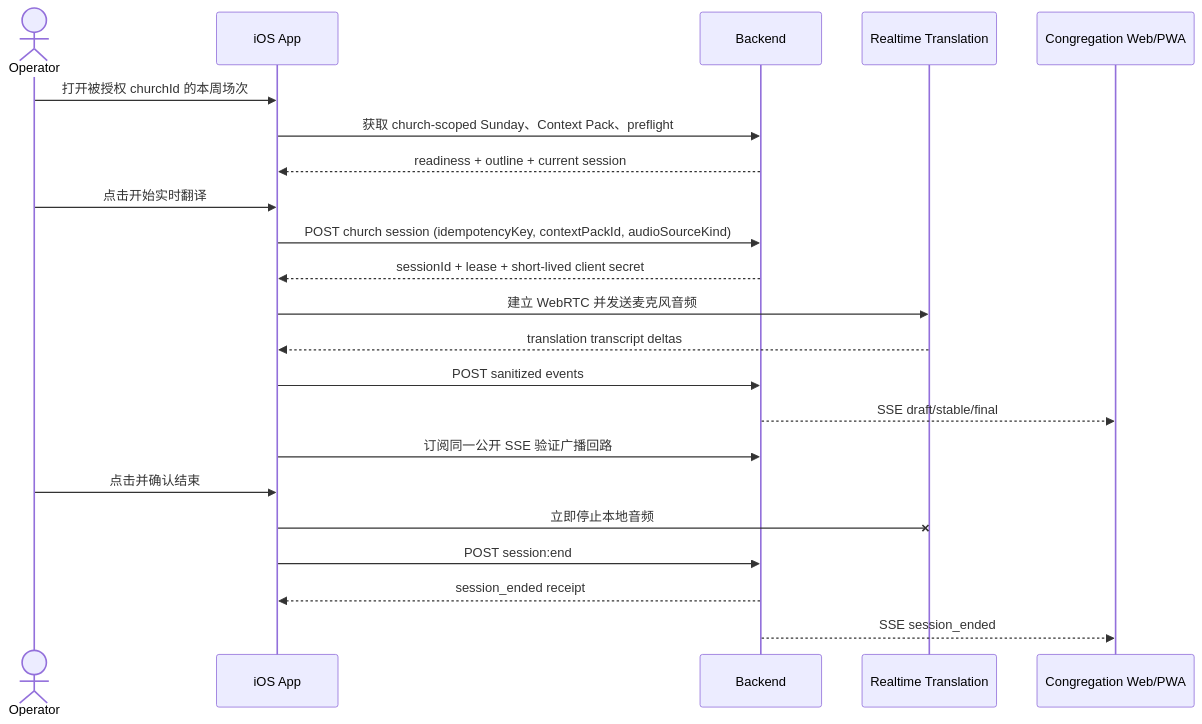
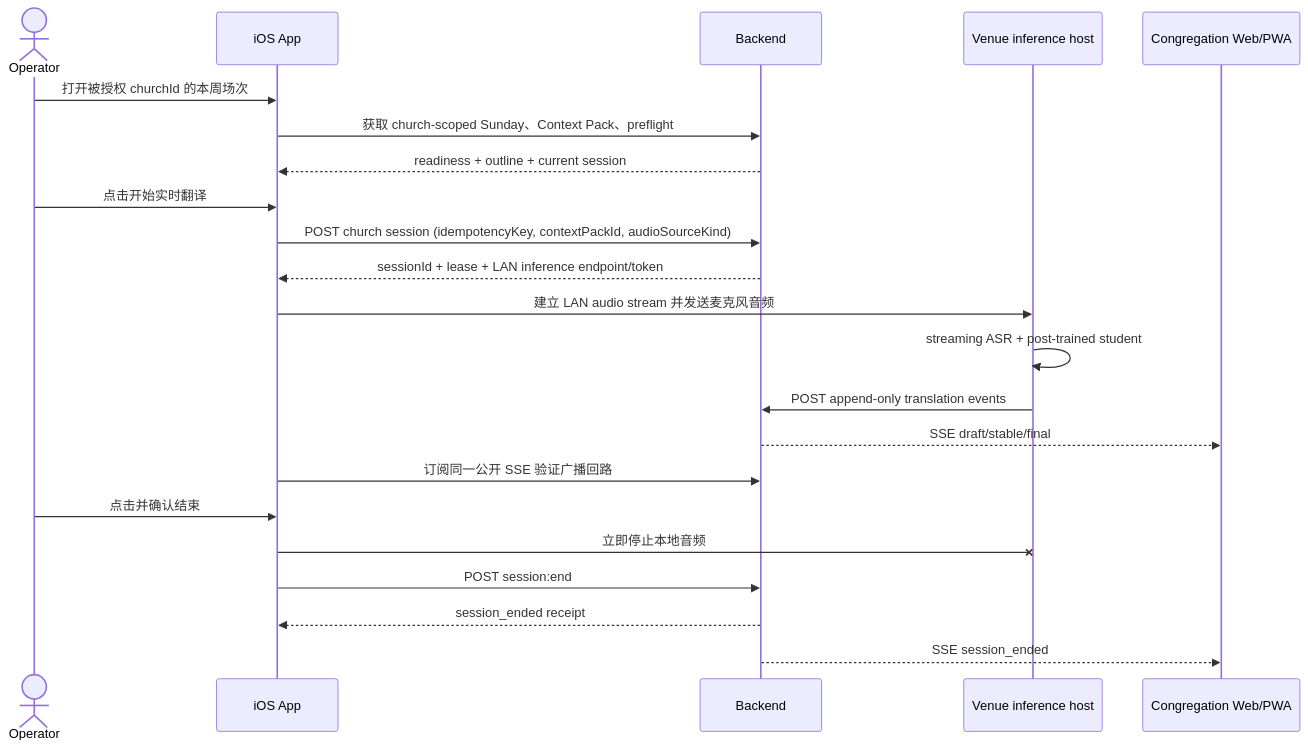
Before and after one commit to JonathanJing/sermon-video-zh-subtitles: the fourth of 6 diagrams in docs/ios-live-sermon-translation-app.zh.md, drawn with Mermaid. The commit also changed other lines of this file and 10 other files, not shown here.

Commit message:
docs: define sermon translation post-training plan

````diff
--- a/docs/ios-live-sermon-translation-app.zh.md
+++ b/docs/ios-live-sermon-translation-app.zh.md
@@ -376,24 +387,24 @@
 ```mermaid
 sequenceDiagram
     actor O as Operator
     participant A as iOS App
     participant B as Backend
-    participant R as Realtime Translation
+    participant R as Venue inference host
     participant W as Congregation Web/PWA
     O->>A: 打开被授权 churchId 的本周场次
     A->>B: 获取 church-scoped Sunday、Context Pack、preflight
     B-->>A: readiness + outline + current session
     O->>A: 点击开始实时翻译
     A->>B: POST church session (idempotencyKey, contextPackId, audioSourceKind)
-    B-->>A: sessionId + lease + short-lived client secret
-    A->>R: 建立 WebRTC 并发送麦克风音频
-    R-->>A: translation transcript deltas
-    A->>B: POST sanitized events
+    B-->>A: sessionId + lease + LAN inference endpoint/token
+    A->>R: 建立 LAN audio stream 并发送麦克风音频
+    R->>R: streaming ASR + post-trained student
+    R->>B: POST append-only translation events
     B-->>W: SSE draft/stable/final
     A->>B: 订阅同一公开 SSE 验证广播回路
     O->>A: 点击并确认结束
     A-xR: 立即停止本地音频
     A->>B: POST session:end
     B-->>A: session_ended receipt
     B-->>W: SSE session_ended
 ```
````
